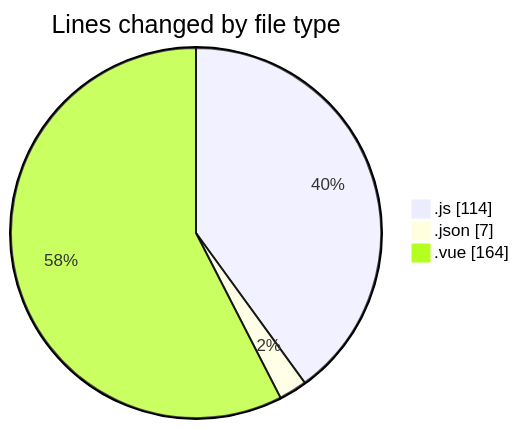
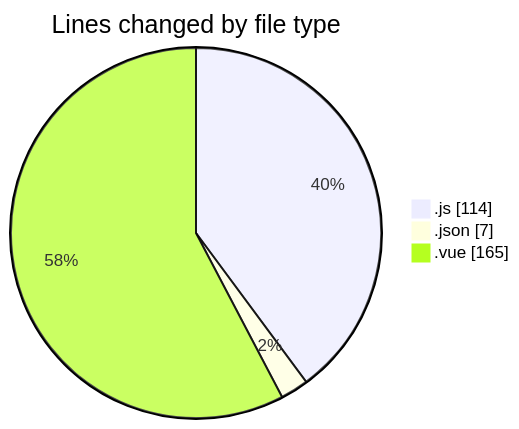
Before and after one commit to jcpc91/code-tracking: the first of 2 diagrams in 2025-05-19/cancelacionsegurosvida/README.md, drawn with Mermaid. The commit also changed other lines of this file and 1 other file, not shown here.

````diff
--- a/2025-05-19/cancelacionsegurosvida/README.md
+++ b/2025-05-19/cancelacionsegurosvida/README.md
@@ -22,7 +22,7 @@
 ```mermaid
 pie showData
 title Lines changed by file type
 ".js" : 114
 ".json" : 7
-".vue" : 164
+".vue" : 165
 ```
````
